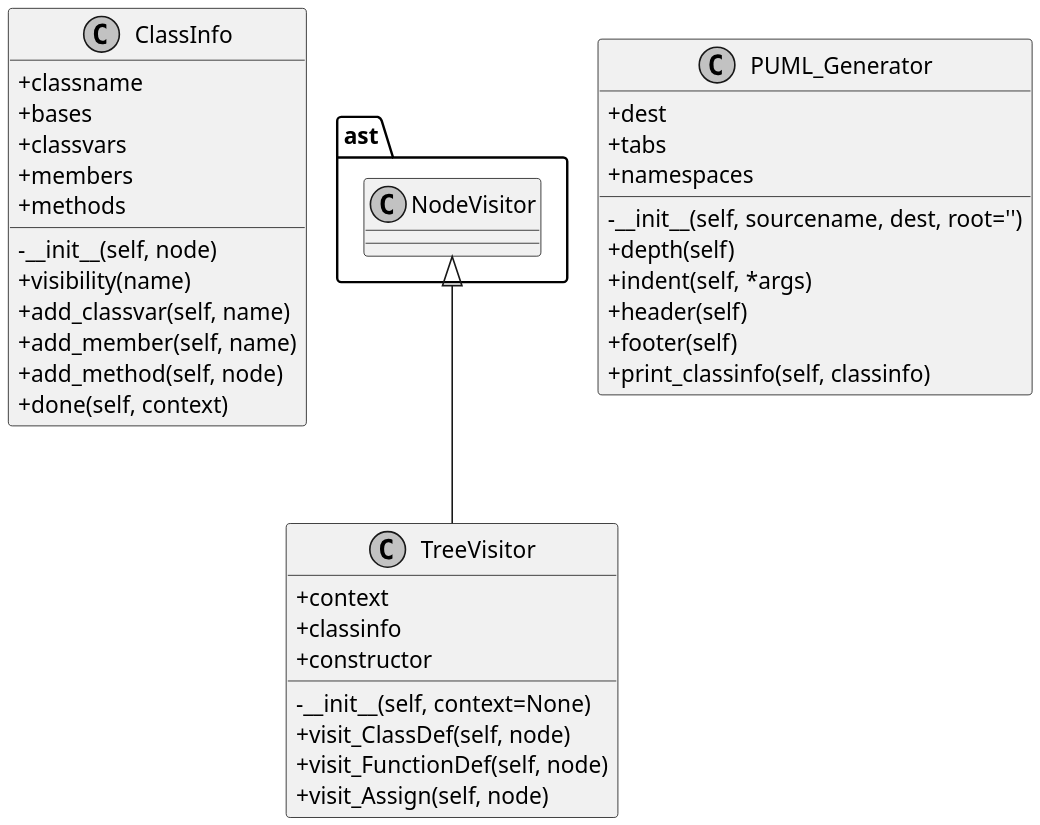
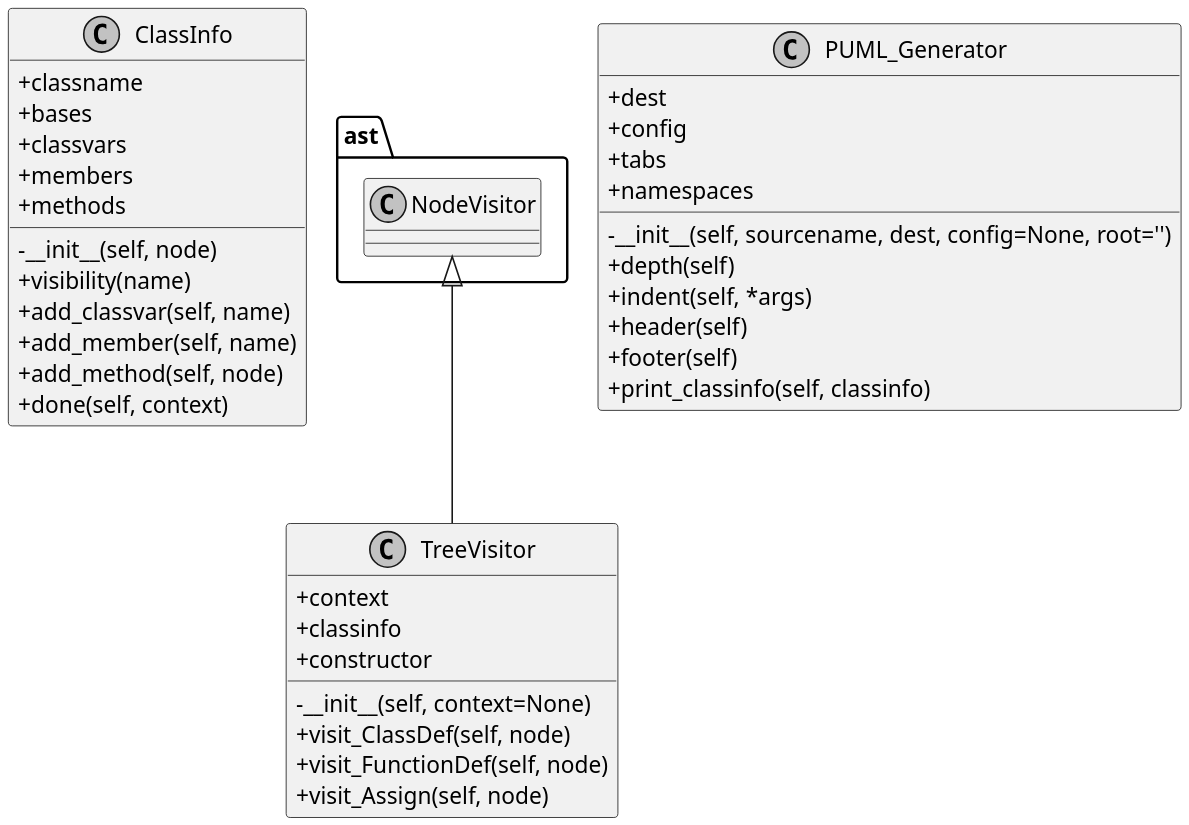
The diagram in py2puml/examples/py2puml.puml (deadbok/py-puml-tools), drawn with PlantUML before and after one commit. The commit also changed 3 other files, not shown here.

```diff
--- a/py2puml/examples/py2puml.puml
+++ b/py2puml/examples/py2puml.puml
@@ -1,43 +1,44 @@
 @startuml
 skinparam monochrome true
 skinparam classAttributeIconSize 0
 scale 2
 
 class ClassInfo {
   +classname
   +bases
   +classvars
   +members
   +methods
   -__init__(self, node)
   +visibility(name)
   +add_classvar(self, name)
   +add_member(self, name)
   +add_method(self, node)
   +done(self, context)
 }
 
 ast.NodeVisitor <|-- TreeVisitor
 class TreeVisitor {
   +context
   +classinfo
   +constructor
   -__init__(self, context=None)
   +visit_ClassDef(self, node)
   +visit_FunctionDef(self, node)
   +visit_Assign(self, node)
 }
 
 class PUML_Generator {
   +dest
+  +config
   +tabs
   +namespaces
-  -__init__(self, sourcename, dest, root='')
+  -__init__(self, sourcename, dest, config=None, root='')
   +depth(self)
   +indent(self, *args)
   +header(self)
   +footer(self)
   +print_classinfo(self, classinfo)
 }
 
 @enduml
```
